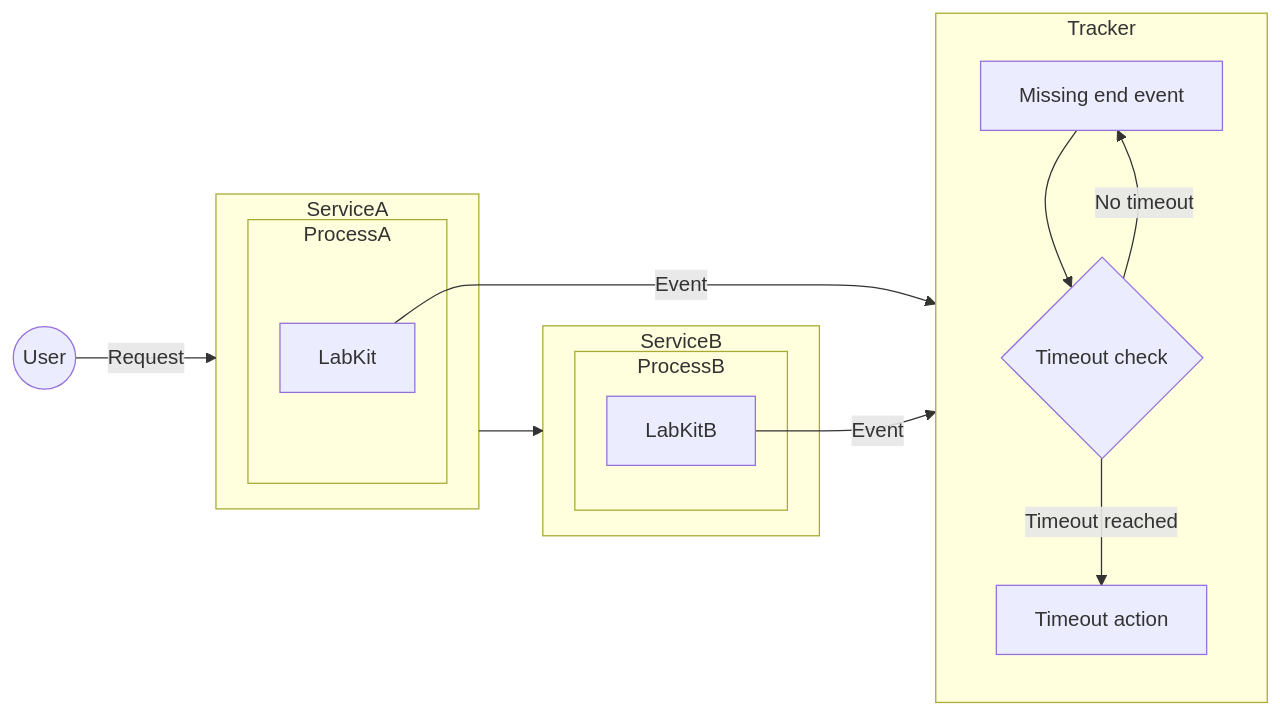
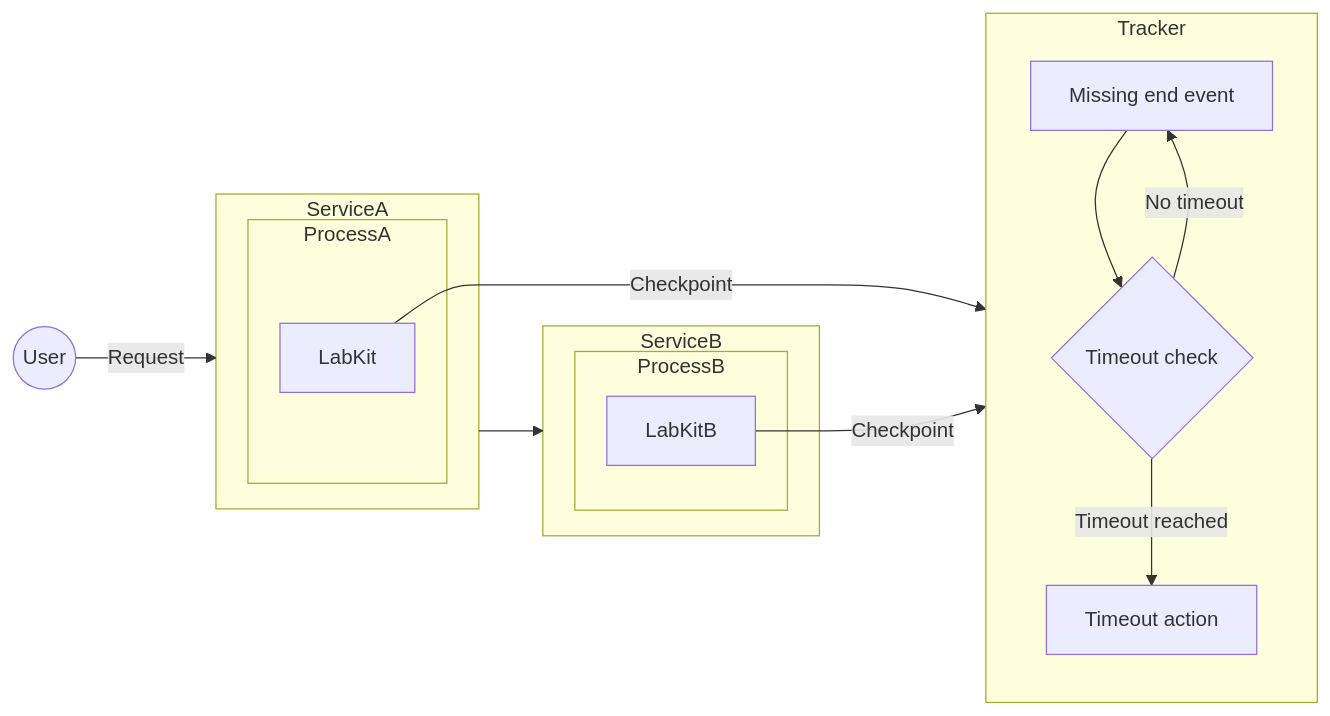
One commit to zalyoung/gitlab-handbook changed the first of 3 diagrams in content/handbook/engineering/architecture/design-documents/covered_experience_slis/next_step.md. Above: the diagram before and after it, drawn with Mermaid. The commit also changed other lines of this file, not shown here.

````diff
--- a/content/handbook/engineering/architecture/design-documents/covered_experience_slis/next_step.md
+++ b/content/handbook/engineering/architecture/design-documents/covered_experience_slis/next_step.md
@@ -40,30 +42,30 @@
 ```mermaid
 flowchart LR
     User((User))
 
     subgraph ServiceA
         subgraph ProcessA
             LabKit
         end
     end
     subgraph ServiceB
         subgraph ProcessB
             LabKitB
         end
     end
 
     subgraph tracker[Tracker]
         missing_end[Missing end event]
         timeout_check{Timeout check}
         timeout_action[Timeout action]
 
         missing_end --> timeout_check
         timeout_check --No timeout--> missing_end
         timeout_check --Timeout reached--> timeout_action
     end
 
     User --Request--> ServiceA
-    LabKit --Event--> tracker
+    LabKit --Checkpoint--> tracker
     ServiceA --> ServiceB
-    LabKitB --Event--> tracker
+    LabKitB --Checkpoint--> tracker
 ```
````
